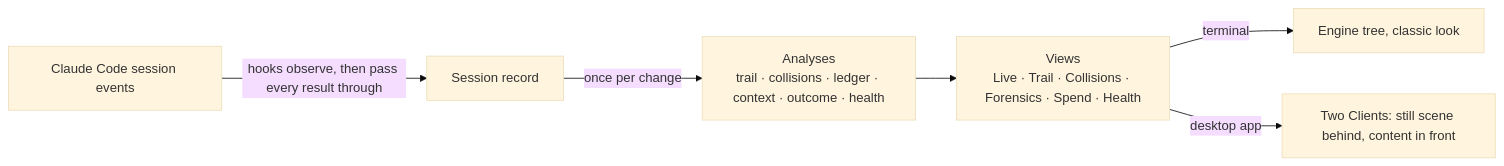
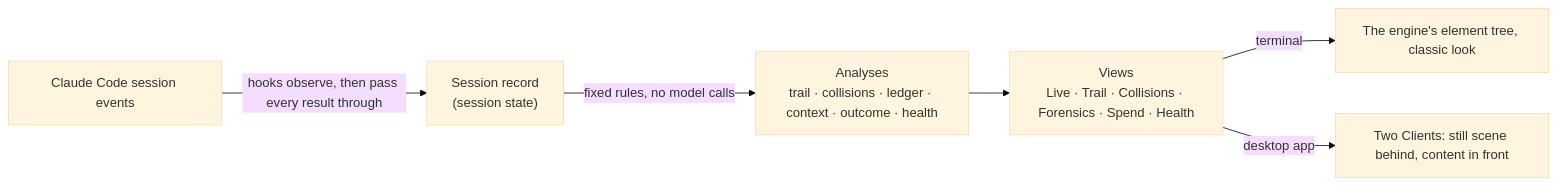
One commit to agryu-in/swarm-autopsy-claude-mod changed the second of 3 diagrams in README.md. Above: the diagram before and after it, drawn with Mermaid (base theme). The commit also changed other lines of this file and 1 other file, not shown here.

````diff
--- a/README.md
+++ b/README.md
@@ -387,8 +742,8 @@
 ```mermaid
 flowchart LR
-  E["Claude Code session events"] -->|"hooks observe, then pass every result through"| R["Session record"]
-  R -->|"once per change"| A["Analyses<br/>trail · collisions · ledger · context · outcome · health"]
+  E["Claude Code session events"] -->|"hooks observe, then pass every result through"| R["Session record<br/>(session state)"]
+  R -->|"fixed rules, no model calls"| A["Analyses<br/>trail · collisions · ledger · context · outcome · health"]
   A --> V["Views<br/>Live · Trail · Collisions · Forensics · Spend · Health"]
-  V -->|terminal| T["Engine tree, classic look"]
+  V -->|terminal| T["The engine's element tree, classic look"]
   V -->|"desktop app"| D["Two Clients: still scene behind, content in front"]
 ```
````
